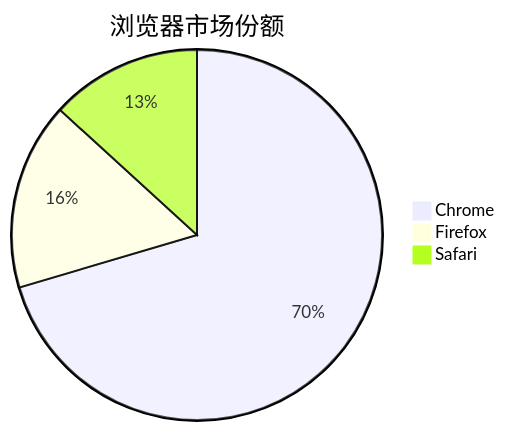
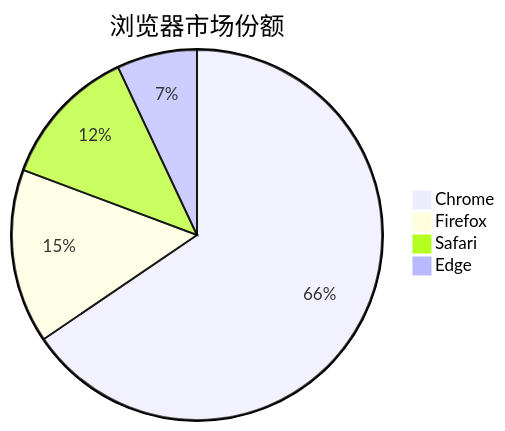
Before and after one commit to onshinpei/ds-markdown-mermaid-plugin: the fifth of 6 diagrams in README.md, drawn with Mermaid. The commit also changed other lines of this file, not shown here.

````diff
--- a/README.md
+++ b/README.md
@@ -281,6 +162,7 @@
 ```mermaid
 pie title 浏览器市场份额
-  "Chrome" : 65.5
-  "Firefox" : 15.2
-  "Safari" : 12.3
+    "Chrome" : 65.5
+    "Firefox" : 15.2
+    "Safari" : 12.3
+    "Edge" : 7.0
 ```
````
